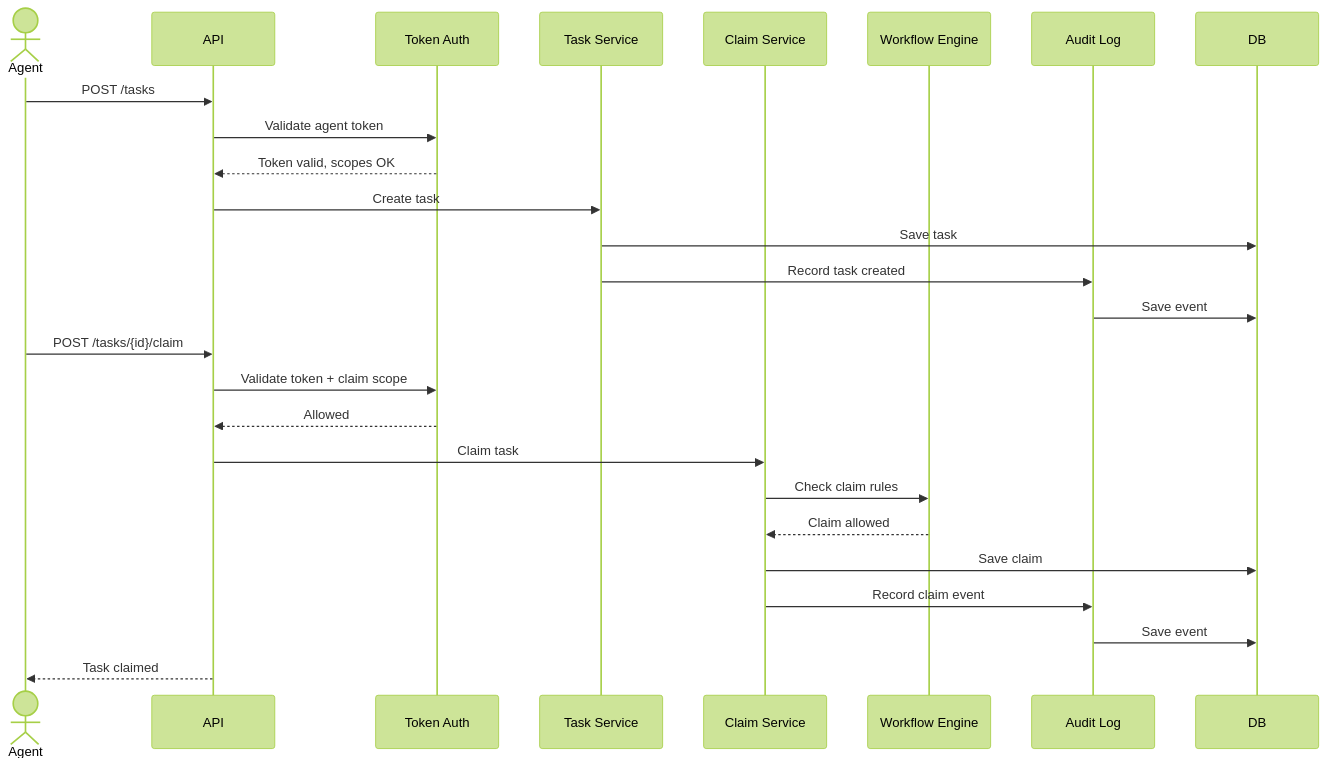
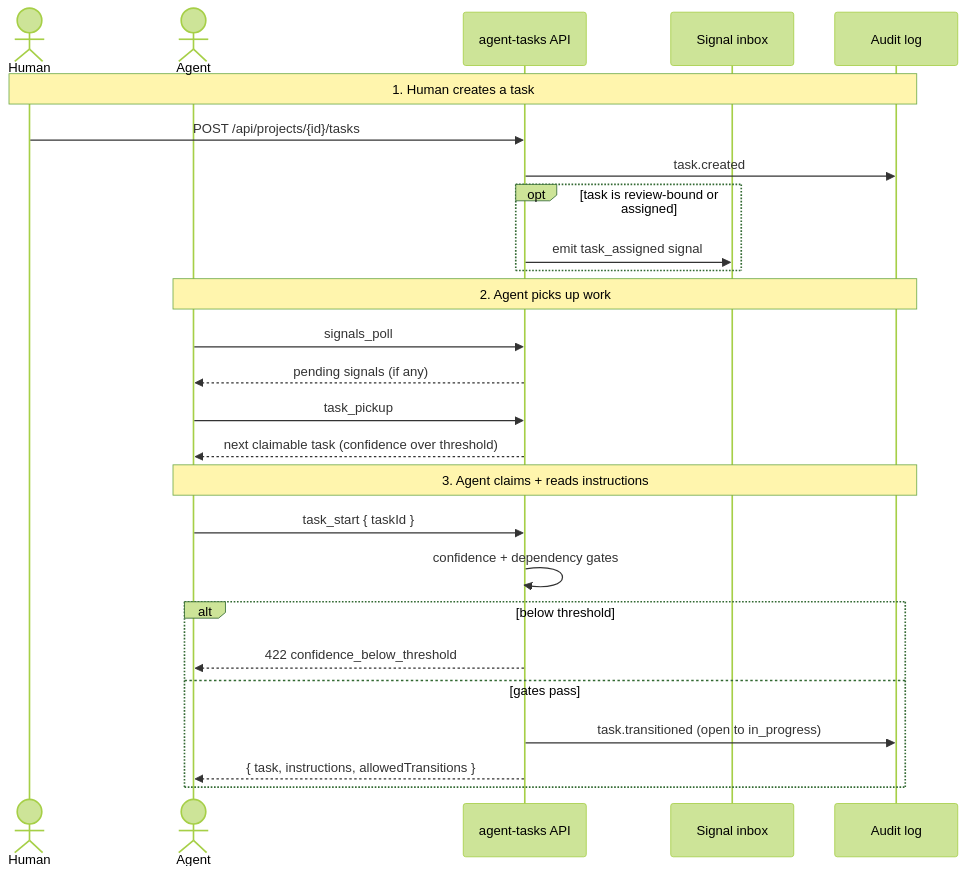
One commit to LanNguyenSi/agent-tasks changed the diagram in diagrams/sequence-agent-create-claim.mmd. Above: the diagram before and after it, drawn with Mermaid (forest theme). The commit also changed 3 other files, not shown here.

First line of the commit message:
docs: redraw create/claim + review/merge sequence diagrams against v2 + governance

```diff
--- a/diagrams/sequence-agent-create-claim.mmd
+++ b/diagrams/sequence-agent-create-claim.mmd
@@ -1,28 +1,29 @@
 sequenceDiagram
+    actor Human
     actor Agent
-    participant API
-    participant Auth as Token Auth
-    participant Task as Task Service
-    participant Claim as Claim Service
-    participant Workflow as Workflow Engine
-    participant Audit as Audit Log
-    participant DB
+    participant API as agent-tasks API
+    participant Inbox as Signal inbox
+    participant Audit as Audit log
 
-    Agent->>API: POST /tasks
-    API->>Auth: Validate agent token
-    Auth-->>API: Token valid, scopes OK
-    API->>Task: Create task
-    Task->>DB: Save task
-    Task->>Audit: Record task created
-    Audit->>DB: Save event
+    Note over Human,Audit: 1. Human creates a task
+    Human->>API: POST /api/projects/{id}/tasks
+    API->>Audit: task.created
+    opt task is review-bound or assigned
+        API->>Inbox: emit task_assigned signal
+    end
 
-    Agent->>API: POST /tasks/{id}/claim
-    API->>Auth: Validate token + claim scope
-    Auth-->>API: Allowed
-    API->>Claim: Claim task
-    Claim->>Workflow: Check claim rules
-    Workflow-->>Claim: Claim allowed
-    Claim->>DB: Save claim
-    Claim->>Audit: Record claim event
-    Audit->>DB: Save event
-    API-->>Agent: Task claimed
+    Note over Agent,Audit: 2. Agent picks up work
+    Agent->>API: signals_poll
+    API-->>Agent: pending signals (if any)
+    Agent->>API: task_pickup
+    API-->>Agent: next claimable task (confidence over threshold)
+
+    Note over Agent,Audit: 3. Agent claims + reads instructions
+    Agent->>API: task_start { taskId }
+    API->>API: confidence + dependency gates
+    alt below threshold
+        API-->>Agent: 422 confidence_below_threshold
+    else gates pass
+        API->>Audit: task.transitioned (open to in_progress)
+        API-->>Agent: { task, instructions, allowedTransitions }
+    end
```
